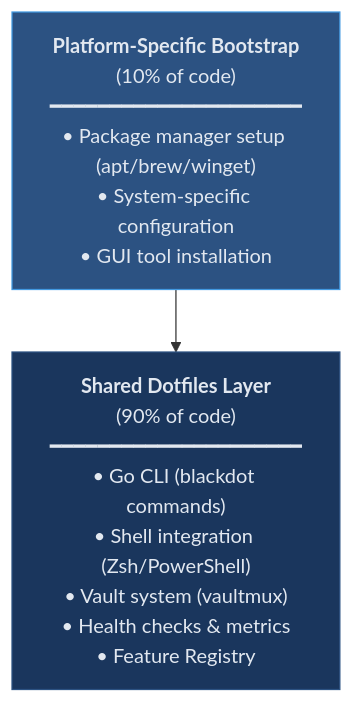
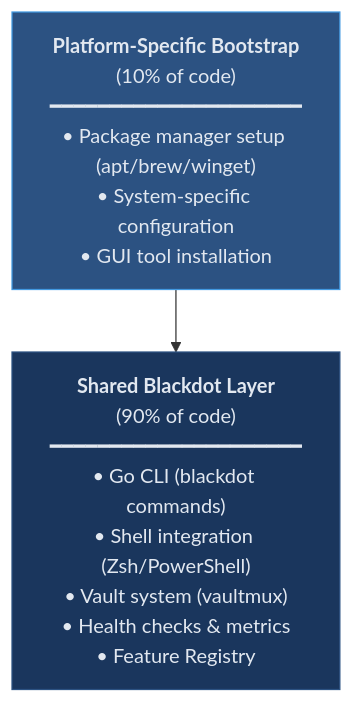
The first of 5 diagrams in docs/README-FULL.md (blackwell-systems/blackdot), drawn with Mermaid before and after one commit. The commit also changed other lines of this file and 15 other files, not shown here.

````diff
--- a/docs/README-FULL.md
+++ b/docs/README-FULL.md
@@ -317,11 +317,11 @@
 ```mermaid
 flowchart TB
     platform["<b>Platform-Specific Bootstrap</b><br/>(10% of code)<br/>━━━━━━━━━━━━━━━━━━━━━<br/>• Package manager setup (apt/brew/winget)<br/>• System-specific configuration<br/>• GUI tool installation"]
 
-    shared["<b>Shared Dotfiles Layer</b><br/>(90% of code)<br/>━━━━━━━━━━━━━━━━━━━━━<br/>• Go CLI (blackdot commands)<br/>• Shell integration (Zsh/PowerShell)<br/>• Vault system (vaultmux)<br/>• Health checks & metrics<br/>• Feature Registry"]
+    shared["<b>Shared Blackdot Layer</b><br/>(90% of code)<br/>━━━━━━━━━━━━━━━━━━━━━<br/>• Go CLI (blackdot commands)<br/>• Shell integration (Zsh/PowerShell)<br/>• Vault system (vaultmux)<br/>• Health checks & metrics<br/>• Feature Registry"]
 
     platform --> shared
 
     style platform fill:#2c5282,stroke:#4299e1,color:#e2e8f0
     style shared fill:#1a365d,stroke:#2c5282,color:#e2e8f0
 ```
````
